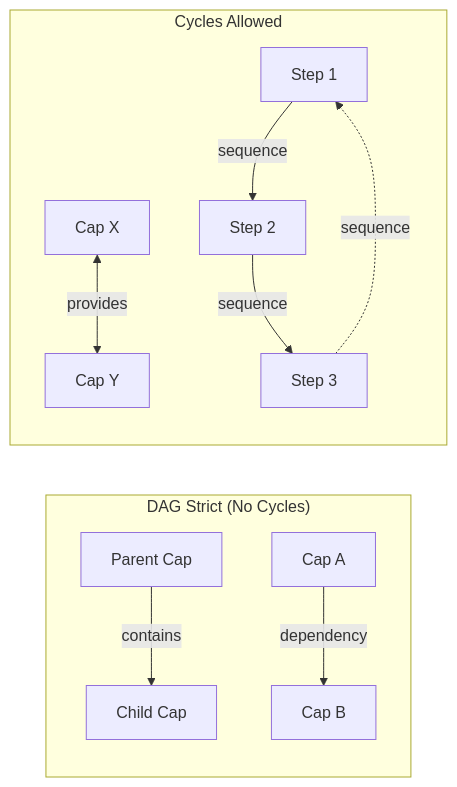
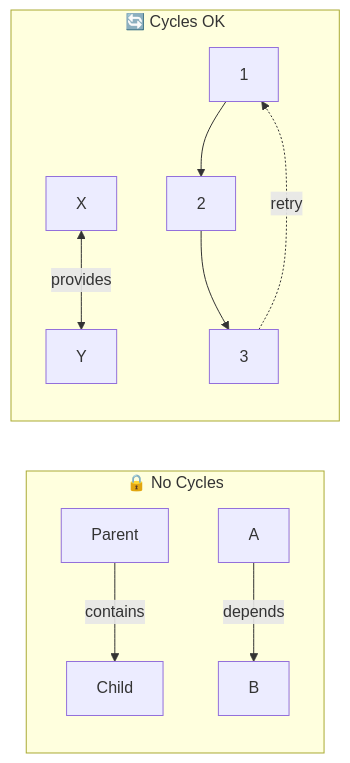
Before and after one commit to Casys-AI/casys-pml: the fourth of 4 diagrams in src/web/posts/2025-12-18-why-n-superhypergraph.md, drawn with Mermaid. The commit also changed other lines of this file and 14 other files, not shown here.

First line of the commit message:
feat(web): improve mobile responsiveness for blog diagrams and formulas

````diff
--- a/src/web/posts/2025-12-18-why-n-superhypergraph.md
+++ b/src/web/posts/2025-12-18-why-n-superhypergraph.md
@@ -154,14 +155,11 @@
 ```mermaid
-graph LR
-    subgraph "DAG Strict (No Cycles)"
-        A1[Parent Cap] -->|contains| A2[Child Cap]
-        B1[Cap A] -->|dependency| B2[Cap B]
+flowchart LR
+    subgraph DAG["🔒 No Cycles"]
+        A[Parent] -->|contains| B[Child]
+        C[A] -->|depends| D[B]
     end
-
-    subgraph "Cycles Allowed"
-        C1[Cap X] <-->|provides| C2[Cap Y]
-        D1[Step 1] -->|sequence| D2[Step 2]
-        D2 -->|sequence| D3[Step 3]
-        D3 -.->|sequence| D1
+    subgraph OK["🔄 Cycles OK"]
+        E[X] <-->|provides| F[Y]
+        G[1] --> H[2] --> I[3] -.->|retry| G
     end
 ```
````
